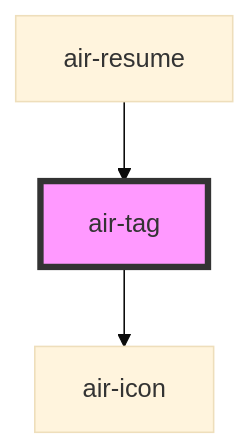
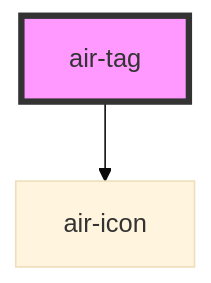
Before and after one commit to openwebstudio/AirUI: the diagram in src/components/tag/readme.md, drawn with Mermaid (base theme). The commit also changed other lines of this file and 13 other files, not shown here.

````diff
--- a/src/components/tag/readme.md
+++ b/src/components/tag/readme.md
@@ -43,6 +39,5 @@
 ```mermaid
 graph TD;
   air-tag --> air-icon
-  air-resume --> air-tag
   style air-tag fill:#f9f,stroke:#333,stroke-width:4px
 ```
````
